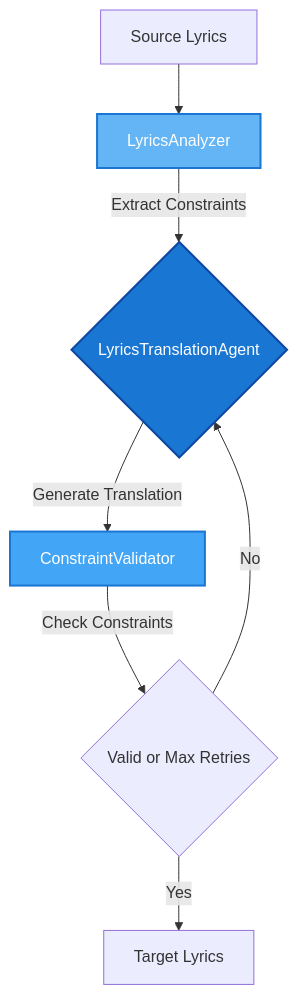
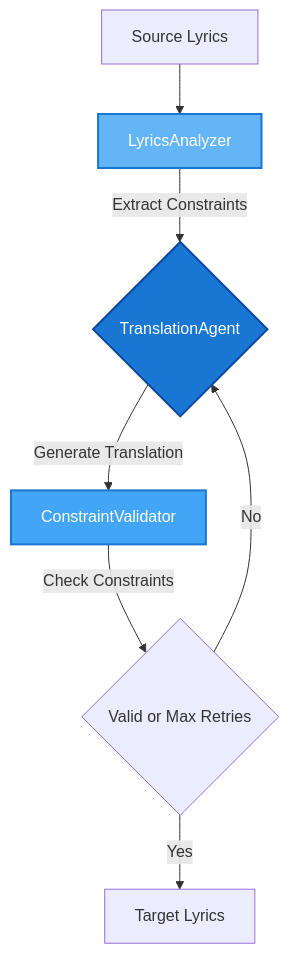
One commit to guan404ming/blt changed the diagram in README.md. Above: the diagram before and after it, drawn with Mermaid.

Commit message:
chore: rename LyricsTranslationAgent to TranslationAgent

````diff
--- a/README.md
+++ b/README.md
@@ -47,13 +47,13 @@
 ```mermaid
 flowchart TD
     A[Source Lyrics] --> B[LyricsAnalyzer]
-    B --> |Extract Constraints| C{LyricsTranslationAgent}
+    B --> |Extract Constraints| C{TranslationAgent}
     C --> |Generate Translation| D[ConstraintValidator]
     D --> |Check Constraints| E{Valid or Max Retries}
     E --> |No| C
     E --> |Yes| F[Target Lyrics]
 
     style B fill:#64b5f6,stroke:#1976d2,stroke-width:2px,color:#fff
     style C fill:#1976d2,stroke:#0d47a1,stroke-width:2px,color:#fff
     style D fill:#42a5f5,stroke:#1976d2,stroke-width:2px,color:#fff
 ```
````
